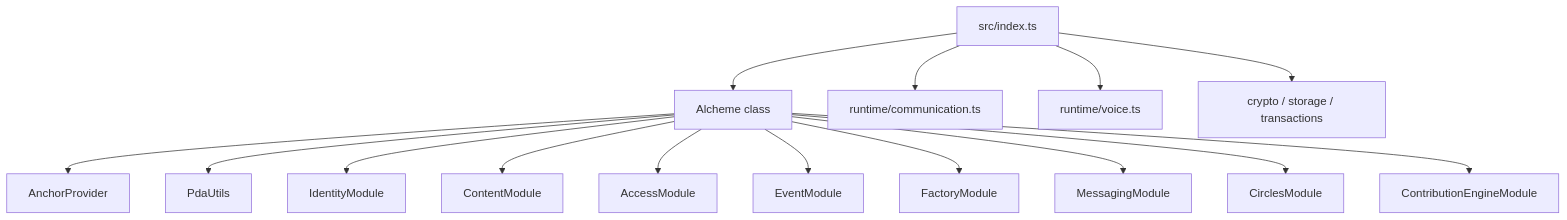
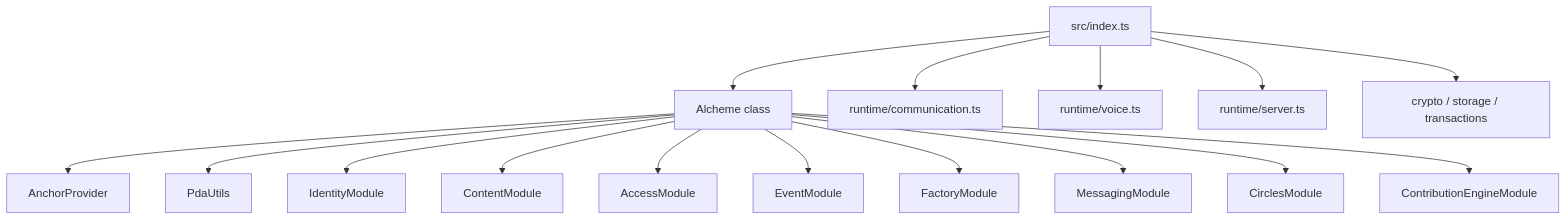
One commit to alcheme-labs/alcheme-protocol changed the second of 2 diagrams in sdk/README.md. Above: the diagram before and after it, drawn with Mermaid. The commit also changed other lines of this file and 76 other files, not shown here.

````diff
--- a/sdk/README.md
+++ b/sdk/README.md
@@ -21,17 +21,18 @@
 ```mermaid
 flowchart TB
     index["src/index.ts"] --> alcheme["Alcheme class"]
     alcheme --> provider["AnchorProvider"]
     alcheme --> pda["PdaUtils"]
     alcheme --> identity["IdentityModule"]
     alcheme --> content["ContentModule"]
     alcheme --> access["AccessModule"]
     alcheme --> event["EventModule"]
     alcheme --> factory["FactoryModule"]
     alcheme --> messaging["MessagingModule"]
     alcheme --> circles["CirclesModule"]
     alcheme --> contribution["ContributionEngineModule"]
     index --> communication["runtime/communication.ts"]
     index --> voice["runtime/voice.ts"]
+    index --> server["runtime/server.ts"]
     index --> utils["crypto / storage / transactions"]
 ```
````
